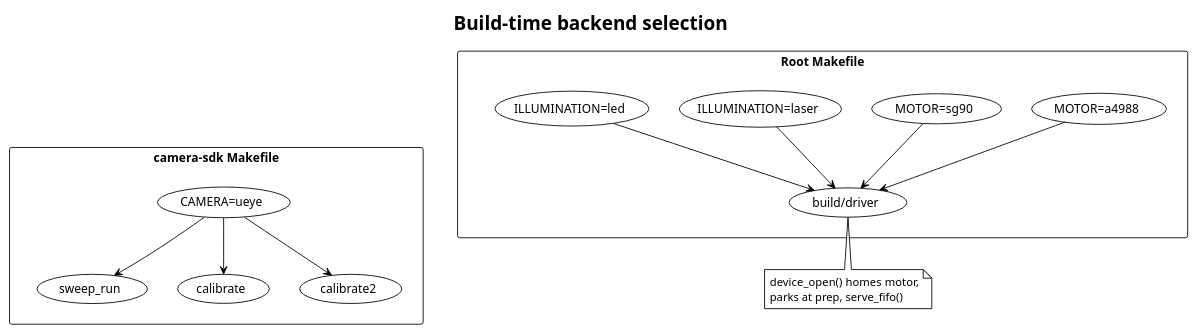
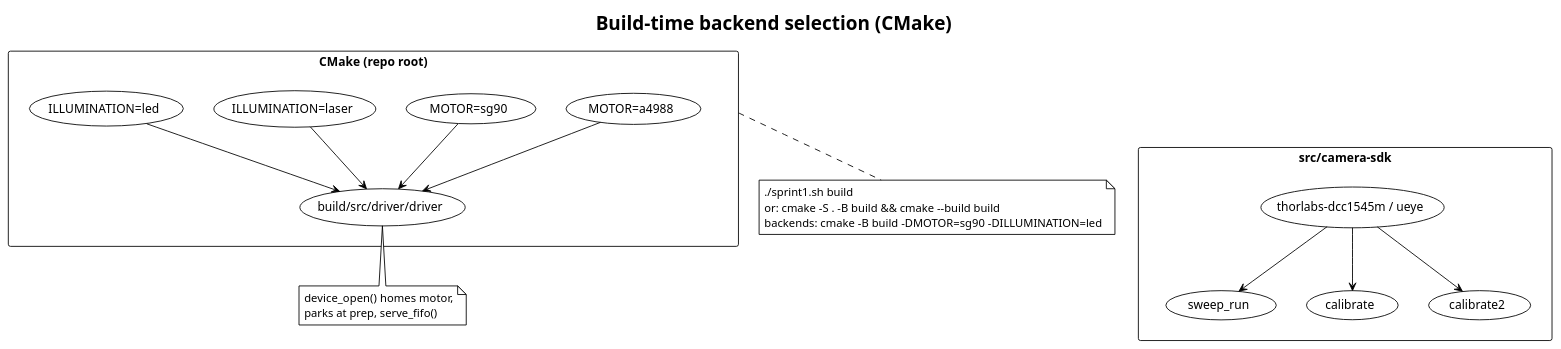
Before and after one commit to hriday111/sprint1: the third of 3 diagrams in docs/architecture.puml, drawn with PlantUML. The commit also changed other lines of this file and 71 other files, not shown here.

```diff
--- a/docs/architecture.puml
+++ b/docs/architecture.puml
@@ -109,35 +116,41 @@
 @startuml build_variants
 !theme plain
 skinparam shadowing false
-title Build-time backend selection
+title Build-time backend selection (CMake)
 
-rectangle "Root Makefile" as Root {
+rectangle "CMake (repo root)" as Root {
   (MOTOR=a4988) as Ma
   (MOTOR=sg90) as Ms
   (ILLUMINATION=laser) as Il
   (ILLUMINATION=led) as Ie
-  (build/driver) as Bin
+  (build/src/driver/driver) as Bin
 }
 
-rectangle "camera-sdk Makefile" as CamMk {
-  (CAMERA=ueye) as Cu
+rectangle "src/camera-sdk" as CamMk {
+  (thorlabs-dcc1545m / ueye) as Cu
   (sweep_run) as Sr
   (calibrate) as C1
   (calibrate2) as C2
 }
 
 Ma --> Bin
 Ms --> Bin
 Il --> Bin
 Ie --> Bin
 Cu --> Sr
 Cu --> C1
 Cu --> C2
 Root -[hidden]-> CamMk
 
 note bottom of Bin
   device_open() homes motor,
   parks at prep, serve_fifo()
 end note
 
+note bottom of Root
+  ./sprint1.sh build
+  or: cmake -S . -B build && cmake --build build
+  backends: cmake -B build -DMOTOR=sg90 -DILLUMINATION=led
+end note
+
 @enduml
```
